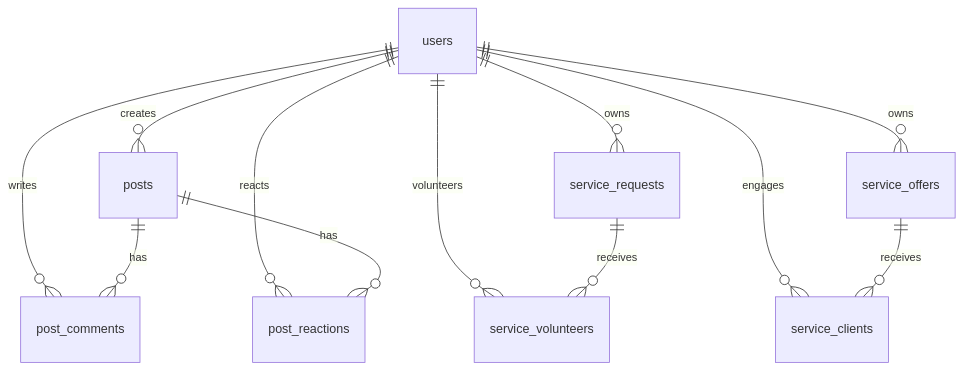
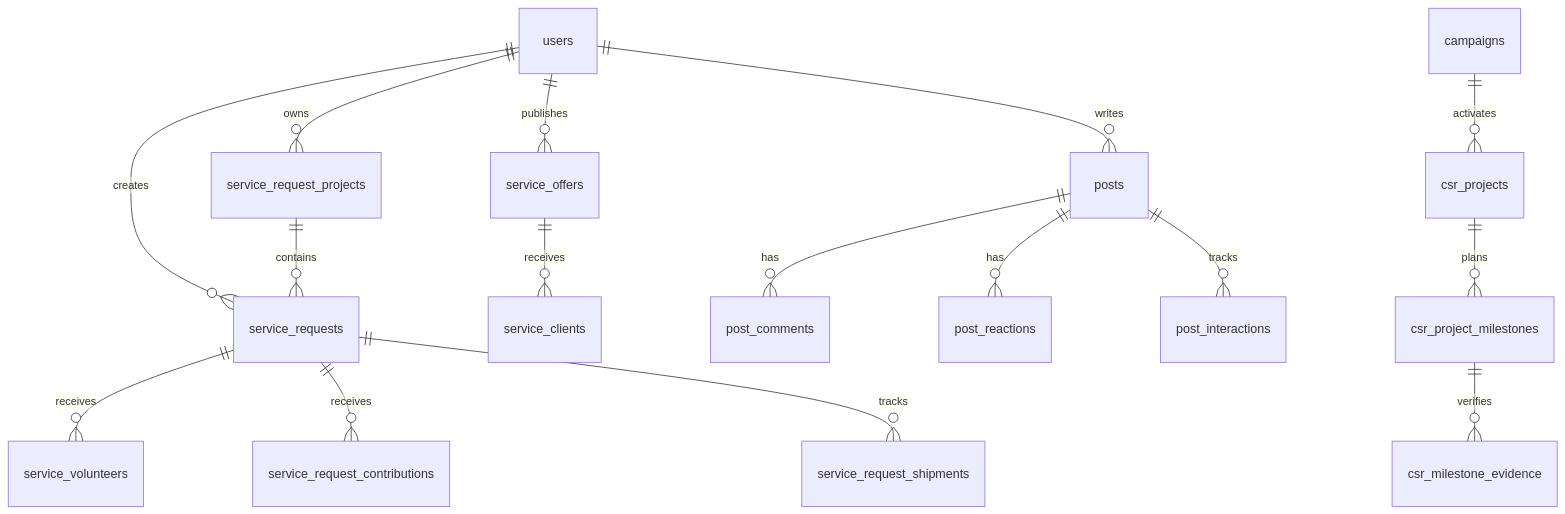
Before and after one commit to navadrishti/navadrishti: the diagram in docs/DATABASE_SCHEMA.md, drawn with Mermaid. The commit also changed other lines of this file and 31 other files, not shown here.

````diff
--- a/docs/DATABASE_SCHEMA.md
+++ b/docs/DATABASE_SCHEMA.md
@@ -42,14 +151,20 @@
 ```mermaid
 erDiagram
-    users ||--o{ posts : creates
-    users ||--o{ post_comments : writes
-    users ||--o{ post_reactions : reacts
-    users ||--o{ service_requests : owns
-    users ||--o{ service_offers : owns
-    users ||--o{ service_volunteers : volunteers
-    users ||--o{ service_clients : engages
+    users ||--o{ service_request_projects : owns
+    users ||--o{ service_requests : creates
+    service_request_projects ||--o{ service_requests : contains
+    service_requests ||--o{ service_volunteers : receives
+    service_requests ||--o{ service_request_contributions : receives
+    service_requests ||--o{ service_request_shipments : tracks
+    users ||--o{ service_offers : publishes
+    service_offers ||--o{ service_clients : receives
+
+    users ||--o{ posts : writes
     posts ||--o{ post_comments : has
     posts ||--o{ post_reactions : has
-    service_requests ||--o{ service_volunteers : receives
-    service_offers ||--o{ service_clients : receives
+    posts ||--o{ post_interactions : tracks
+
+    campaigns ||--o{ csr_projects : activates
+    csr_projects ||--o{ csr_project_milestones : plans
+    csr_project_milestones ||--o{ csr_milestone_evidence : verifies
 ```
````
